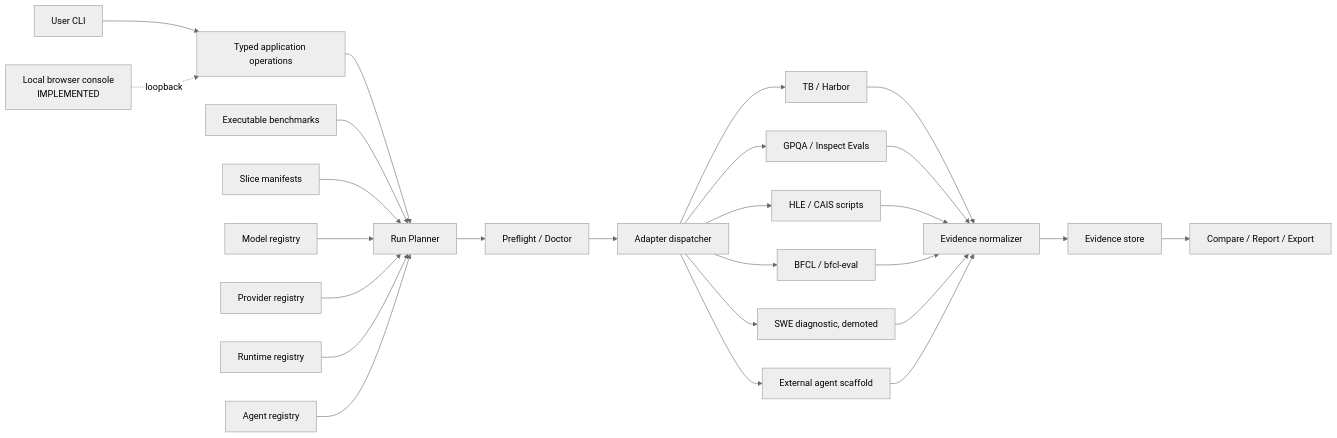
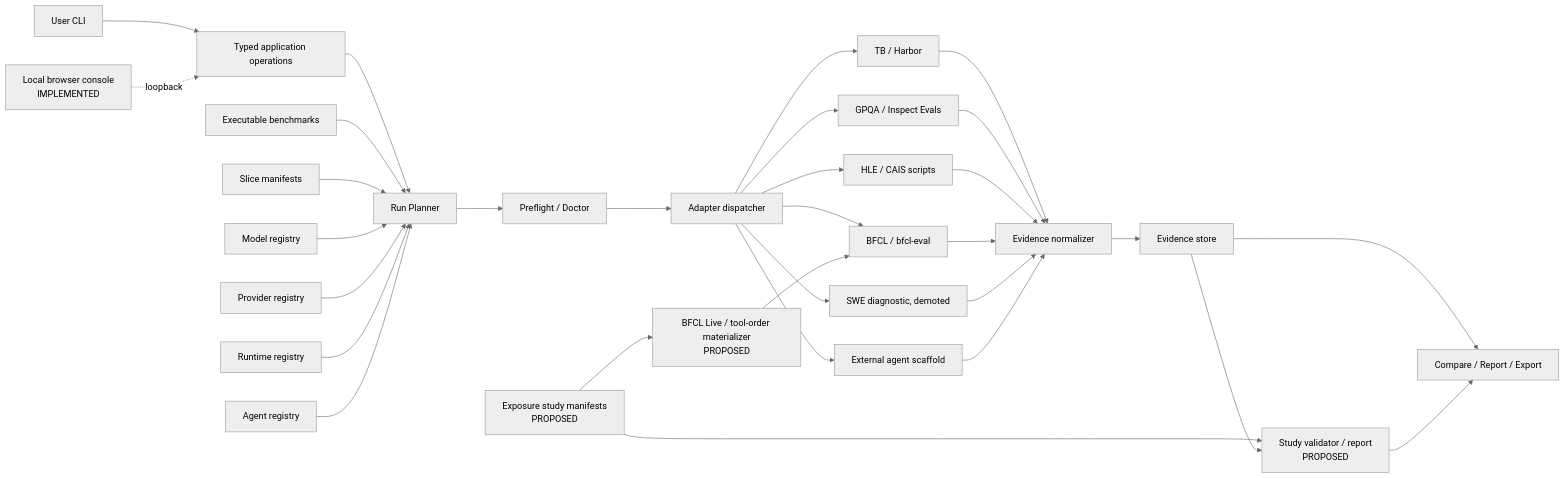
One commit to Lyther/BenchEval changed the diagram in docs/architecture.md. Above: the diagram before and after it, drawn with Mermaid (neutral theme). The commit also changed other lines of this file and 2 other files, not shown here.

First line of the commit message:
docs(exposure): define study architecture

````diff
--- a/docs/architecture.md
+++ b/docs/architecture.md
@@ -66,31 +72,36 @@
 ```mermaid
 flowchart LR
     U[User CLI] --> APP[Typed application operations]
     UI[Local browser console<br/>IMPLEMENTED] -. loopback .-> APP
     APP --> BP[Run Planner]
     BR[Executable benchmarks] --> BP
     SM[Slice manifests] --> BP
     MR[Model registry] --> BP
     PR[Provider registry] --> BP
     RR[Runtime registry] --> BP
     AG[Agent registry] --> BP
 
     BP --> PF[Preflight / Doctor]
     PF --> AD[Adapter dispatcher]
 
     AD --> A1[TB / Harbor]
     AD --> A2[GPQA / Inspect Evals]
     AD --> A3[HLE / CAIS scripts]
     AD --> A4[BFCL / bfcl-eval]
     AD --> A5[SWE diagnostic, demoted]
     AD --> A6[External agent scaffold]
 
     A1 --> EN[Evidence normalizer]
     A2 --> EN
     A3 --> EN
     A4 --> EN
     A5 --> EN
     A6 --> EN
     EN --> ES[Evidence store]
     ES --> CP[Compare / Report / Export]
+    STM[Exposure study manifests<br/>PROPOSED] --> XS[Study validator / report<br/>PROPOSED]
+    ES --> XS
+    BFM[BFCL Live / tool-order materializer<br/>PROPOSED] --> A4
+    STM --> BFM
+    XS --> CP
 ```
````
